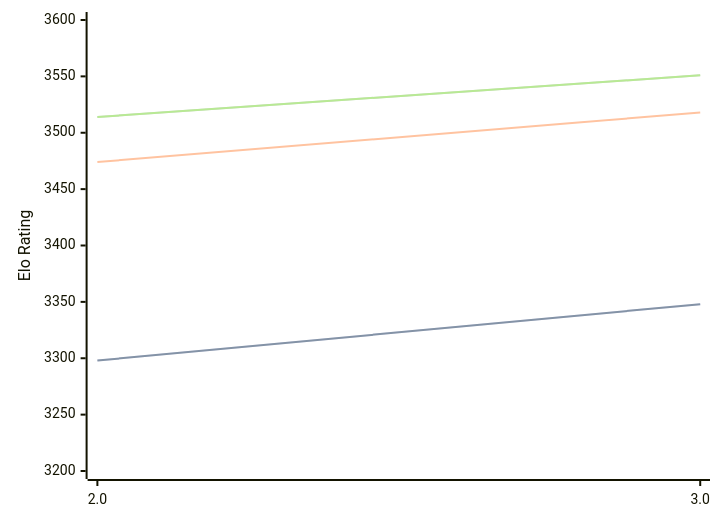
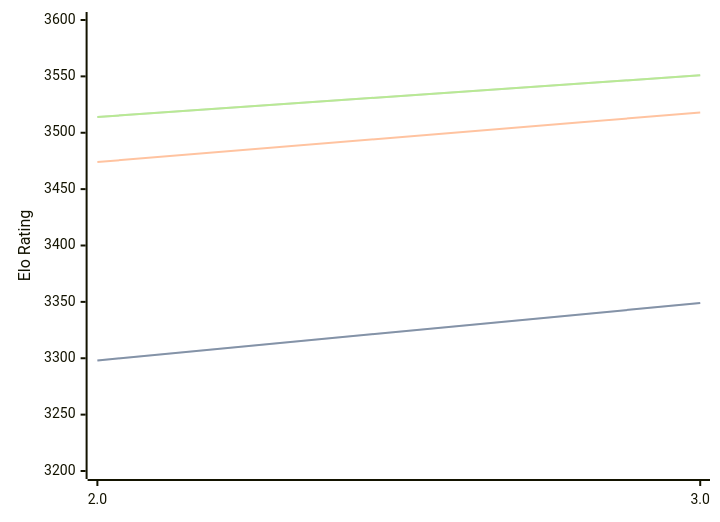
Before and after one commit to computer-chess-index/cci: the diagram in engines/Quanticade.md, drawn with Mermaid. The commit also changed other lines of this file, not shown here.

````diff
--- a/engines/Quanticade.md
+++ b/engines/Quanticade.md
@@ -32,11 +32,11 @@
 ```mermaid
 %%{init: {"theme":"base","themeVariables":{"seriesColors:['#a3a3a3','#222221','#faa371']}}}%%
 xychart-beta
   x-axis ["2.0", "3.0"]
   y-axis "Elo Rating" 3200 --> 3600
-  line "" [3298, 3348]
-  line "STC (8.0+0.08s)" [3298, 3348]
+  line "" [3298, 3349]
+  line "STC (8.0+0.08s)" [3298, 3349]
   line "LTC (60.0+0.60s)" [3474, 3518]
   line "" [3514, 3551]
   line "VLTC (2m24s+1.12s)" [3514, 3551]
 ```
````
